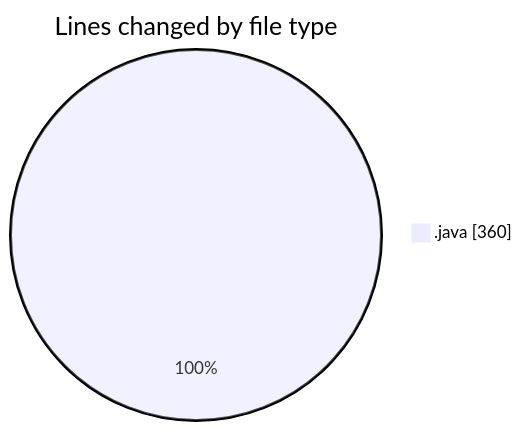
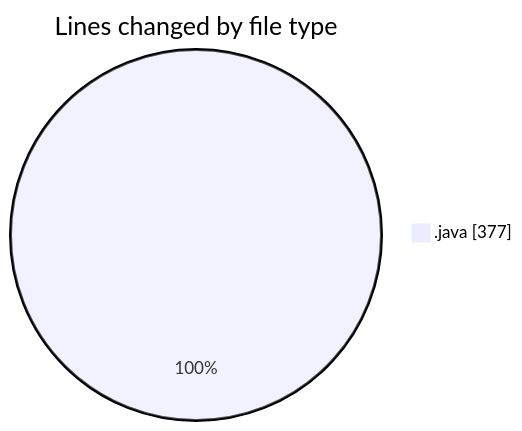
The first of 2 diagrams in 2025-02-27/project1/README.md (NitaiMahat/code-tracking), drawn with Mermaid before and after one commit. The commit also changed other lines of this file and 1 other file, not shown here.

````diff
--- a/2025-02-27/project1/README.md
+++ b/2025-02-27/project1/README.md
@@ -21,5 +21,5 @@
 ```mermaid
 pie showData
 title Lines changed by file type
-".java" : 360
+".java" : 377
 ```
````
